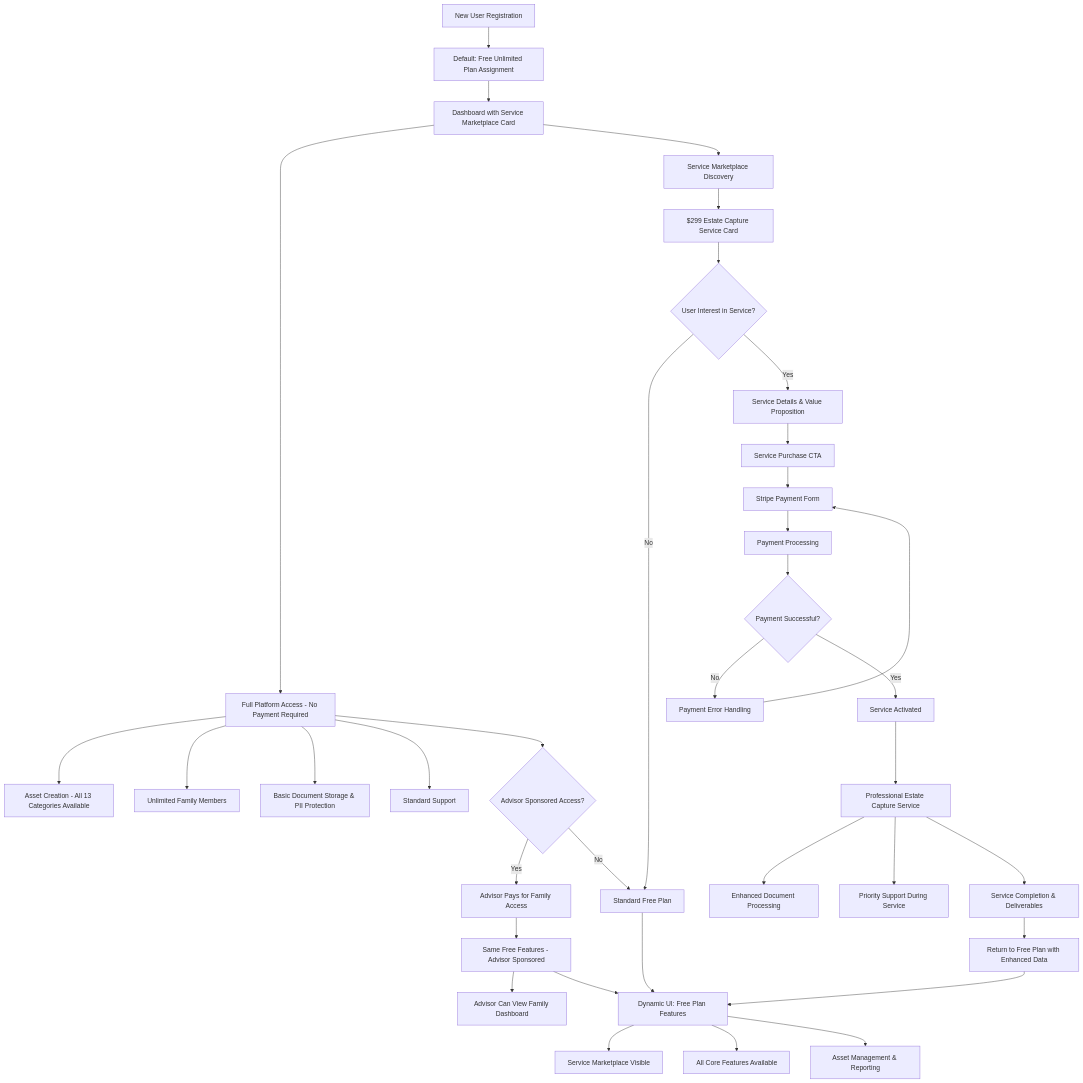
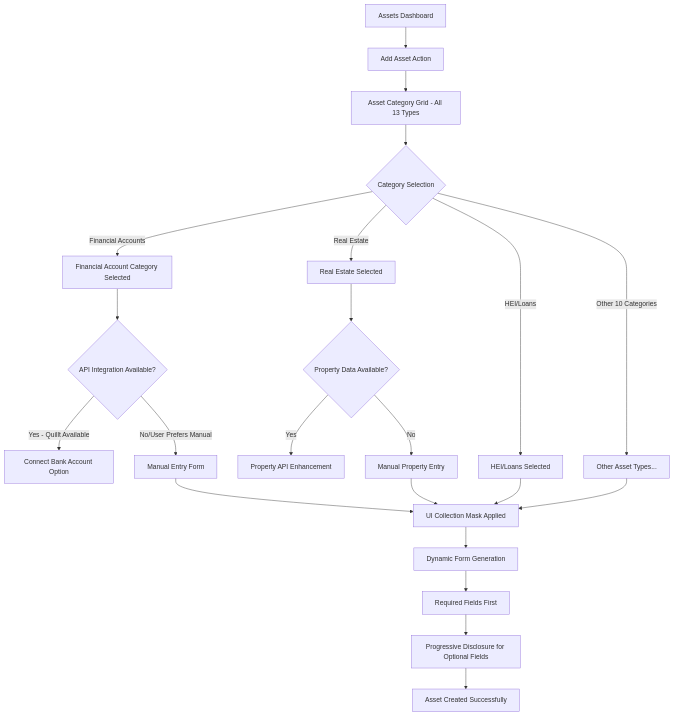
The ninth of 15 diagrams in docs/front-end-spec.md (thseitz/FWD-INH), drawn with Mermaid before and after one commit. The commit also changed other lines of this file and 19 other files, not shown here.

First line of the commit message:
feat: comprehensive HEI integration and Builder.io CMS architecture

````diff
--- a/docs/front-end-spec.md
+++ b/docs/front-end-spec.md
@@ -617,51 +708,32 @@
 ```mermaid
 graph TD
-    A[New User Registration] --> B[Default: Free Unlimited Plan Assignment]
-    B --> C[Dashboard with Service Marketplace Card]
-    C --> D[Full Platform Access - No Payment Required]
+    A[Assets Dashboard] --> B[Add Asset Action]
+    B --> C[Asset Category Grid - All 13 Types]
+    C --> D{Category Selection}
     
-    %% Free Plan Experience
-    D --> E[Asset Creation - All 13 Categories Available]
-    D --> F[Unlimited Family Members]
-    D --> G[Basic Document Storage & PII Protection]
-    D --> H[Standard Support]
+    %% Category Selection with API Check
+    D -->|Financial Accounts| E1[Financial Account Category Selected]
+    D -->|Real Estate| E2[Real Estate Selected]
+    D -->|HEI/Loans| E3[HEI/Loans Selected]
+    D -->|Other 10 Categories| E4[Other Asset Types...]
     
-    %% Service Discovery Path
-    C --> I[Service Marketplace Discovery]
-    I --> J[$299 Estate Capture Service Card]
-    J --> K{User Interest in Service?}
-    K -->|No| L[Continue with Free Plan]
-    K -->|Yes| M[Service Details & Value Proposition]
+    %% API Integration Path
+    E1 --> F1{API Integration Available?}
+    F1 -->|Yes - Quillt Available| G1[Connect Bank Account Option]
+    F1 -->|No/User Prefers Manual| H1[Manual Entry Form]
     
-    %% Service Purchase Flow
-    M --> N[Service Purchase CTA]
-    N --> O[Stripe Payment Form]
-    O --> P[Payment Processing]
-    P --> Q{Payment Successful?}
-    Q -->|No| R[Payment Error Handling]
-    R --> O
-    Q -->|Yes| S[Service Activated]
+    E2 --> F2{Property Data Available?}
+    F2 -->|Yes| G2[Property API Enhancement]
+    F2 -->|No| H2[Manual Property Entry]
     
-    %% Service Delivery Experience
-    S --> T[Professional Estate Capture Service]
-    T --> U[Enhanced Document Processing]
-    T --> V[Priority Support During Service]
-    T --> W[Service Completion & Deliverables]
-    W --> X[Return to Free Plan with Enhanced Data]
+    %% Form Generation Path
+    H1 --> I[UI Collection Mask Applied]
+    H2 --> I
+    E3 --> I
+    E4 --> I
     
-    %% Advisor Sponsored Access (Simplified)
-    D --> Y{Advisor Sponsored Access?}
-    Y -->|Yes| Z[Advisor Pays for Family Access]
-    Y -->|No| L[Standard Free Plan]
-    Z --> AA[Same Free Features - Advisor Sponsored]
-    AA --> BB[Advisor Can View Family Dashboard]
-    
-    %% All Paths Lead to Standard Free Experience
-    L --> CC[Dynamic UI: Free Plan Features]
-    X --> CC
-    AA --> CC
-    
-    CC --> DD[Service Marketplace Visible]
-    CC --> EE[All Core Features Available]
-    CC --> FF[Asset Management & Reporting]
+    I --> J[Dynamic Form Generation]
+    J --> K[Required Fields First]
+    K --> L[Progressive Disclosure for Optional Fields]
+    L --> M[Asset Created Successfully]
 ```
````
